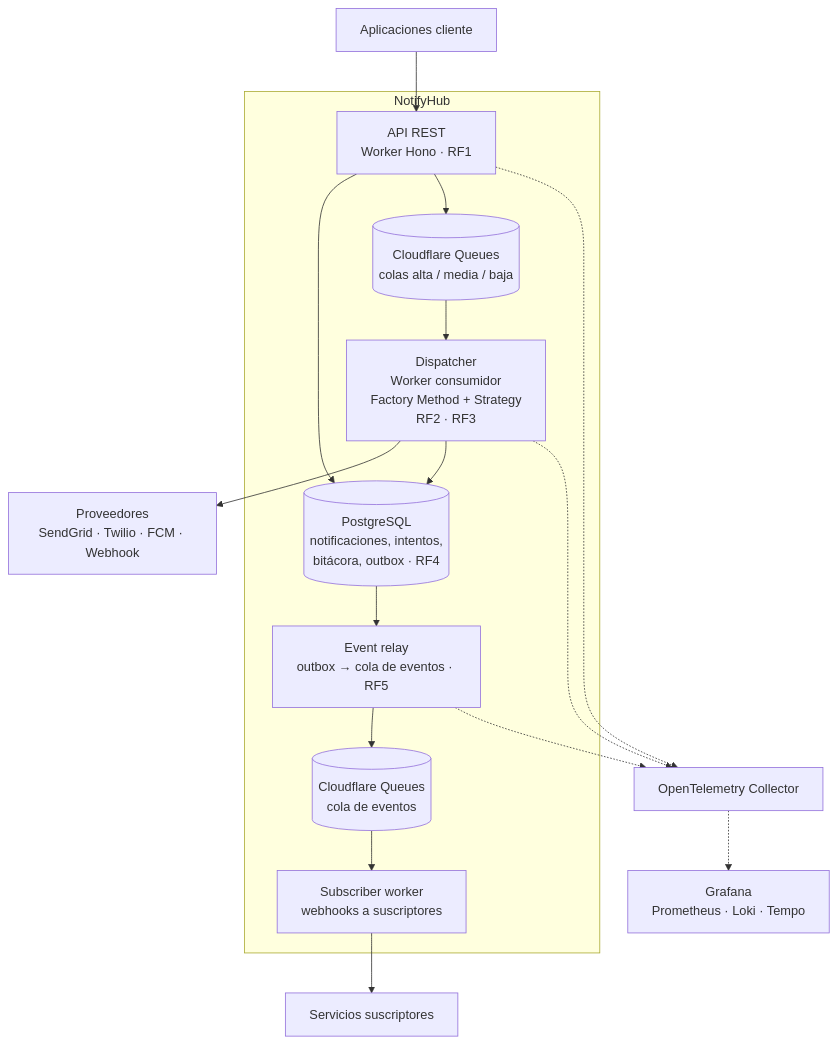
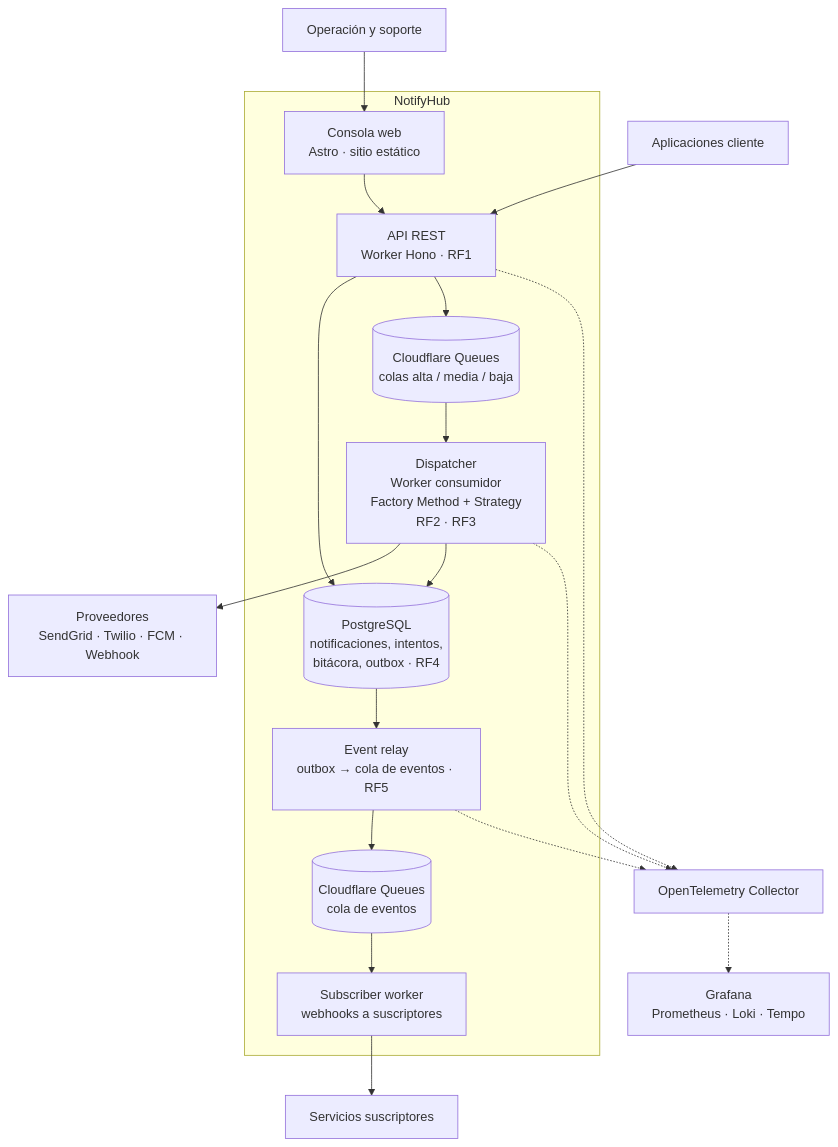
One commit to joseraulsoriano/notifyhub changed the diagram in docs/diagrams/02-contenedores.mmd. Above: the diagram before and after it, drawn with Mermaid. The commit also changed 20 other files, not shown here.

First line of the commit message:
docs: diagramas exportados a imagen y embebidos en los .md

```diff
--- a/docs/diagrams/02-contenedores.mmd
+++ b/docs/diagrams/02-contenedores.mmd
@@ -1,29 +1,33 @@
 flowchart TB
   cli["Aplicaciones cliente"]
+  ops["Operación y soporte"]
   subgraph NH["NotifyHub"]
+    con["Consola web<br/>Astro · sitio estático"]
     api["API REST<br/>Worker Hono · RF1"]
     q[("Cloudflare Queues<br/>colas alta / media / baja")]
     disp["Dispatcher<br/>Worker consumidor<br/>Factory Method + Strategy<br/>RF2 · RF3"]
     db[("PostgreSQL<br/>notificaciones, intentos,<br/>bitácora, outbox · RF4")]
     relay["Event relay<br/>outbox → cola de eventos · RF5"]
     bus[("Cloudflare Queues<br/>cola de eventos")]
     subw["Subscriber worker<br/>webhooks a suscriptores"]
   end
   prov["Proveedores<br/>SendGrid · Twilio · FCM · Webhook"]
   subs["Servicios suscriptores"]
   otel["OpenTelemetry Collector"]
   graf["Grafana<br/>Prometheus · Loki · Tempo"]
   cli --> api
+  ops --> con
+  con --> api
   api --> db
   api --> q
   q --> disp
   disp --> prov
   disp --> db
   db --> relay
   relay --> bus
   bus --> subw
   subw --> subs
   api -.-> otel
   disp -.-> otel
   relay -.-> otel
   otel -.-> graf
```
